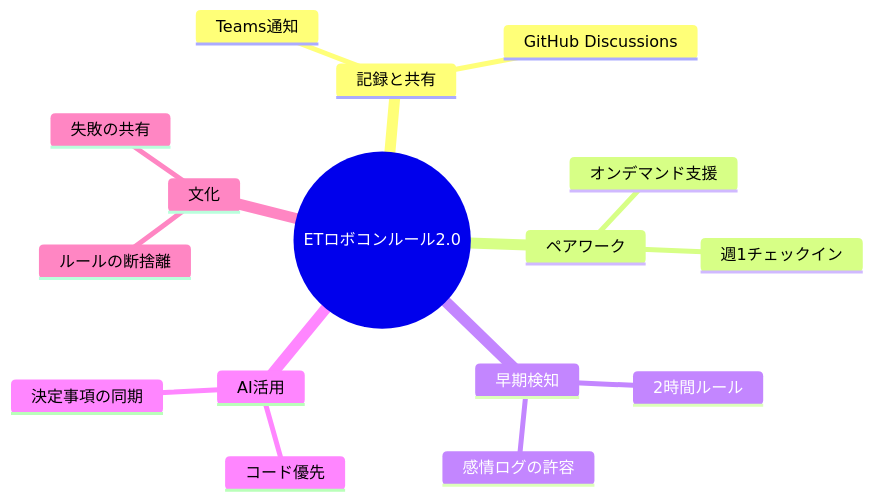
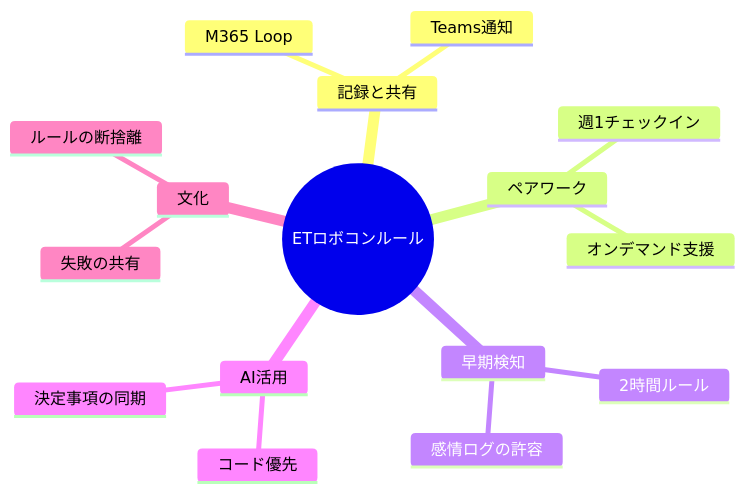
The second of 3 diagrams in content/02_idea/1_PLAN/ETロボコン/3.AIとの深掘り.md (darts-cloud/note), drawn with Mermaid before and after one commit. The commit also changed other lines of this file and 4 other files, not shown here.

````diff
--- a/content/02_idea/1_PLAN/ETロボコン/3.AIとの深掘り.md
+++ b/content/02_idea/1_PLAN/ETロボコン/3.AIとの深掘り.md
@@ -271,19 +98,19 @@
 ```mermaid
 mindmap
-  root((ETロボコンルール2.0))
+  root((ETロボコンルール))
     記録と共有
-      GitHub Discussions
+      M365 Loop
       Teams通知
     ペアワーク
       週1チェックイン
       オンデマンド支援
     早期検知
       2時間ルール
       感情ログの許容
     AI活用
       コード優先
       決定事項の同期
     文化
       ルールの断捨離
       失敗の共有
 ```
````
